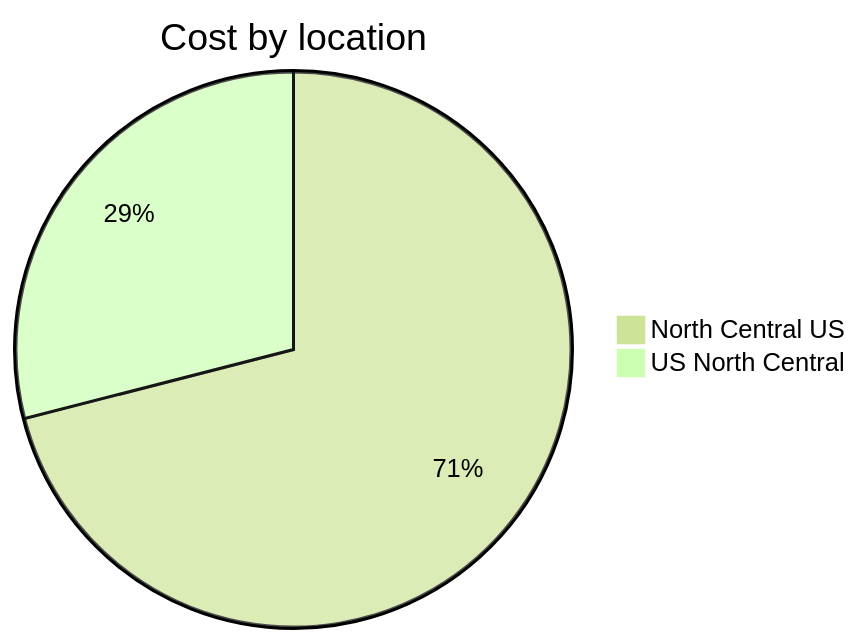
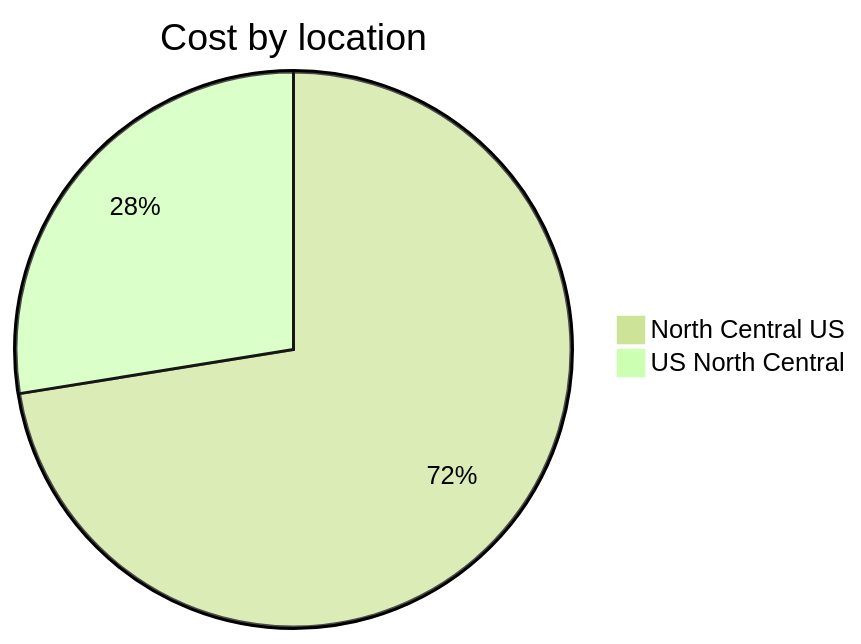
Before and after one commit to jpfulton/azure-personal-reports: the third of 4 diagrams in cost-reports/personal-network/vpn-server.md, drawn with Mermaid (forest theme). The commit also changed other lines of this file and 7 other files, not shown here.

````diff
--- a/cost-reports/personal-network/vpn-server.md
+++ b/cost-reports/personal-network/vpn-server.md
@@ -110,6 +110,6 @@
 ```mermaid
 pie
    title Cost by location
-   "North Central US" : 6.83
+   "North Central US" : 7.34
    "US North Central" : 2.79
 ```
````
